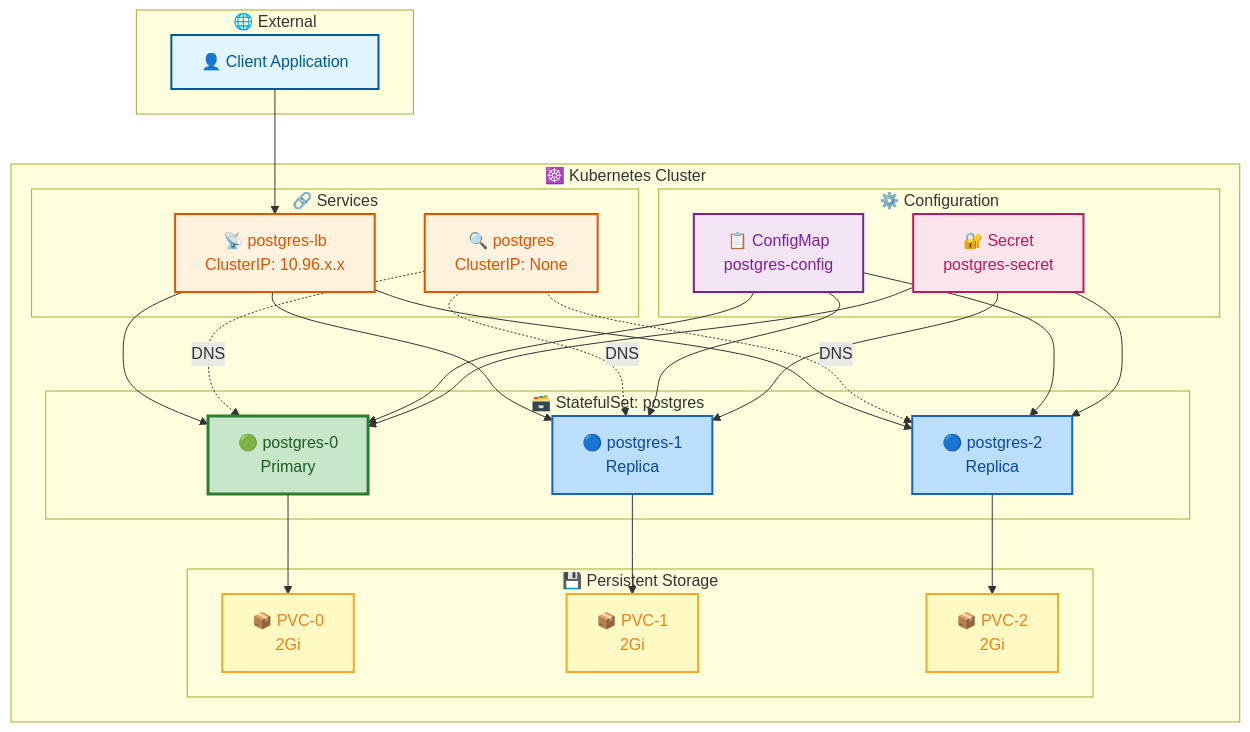
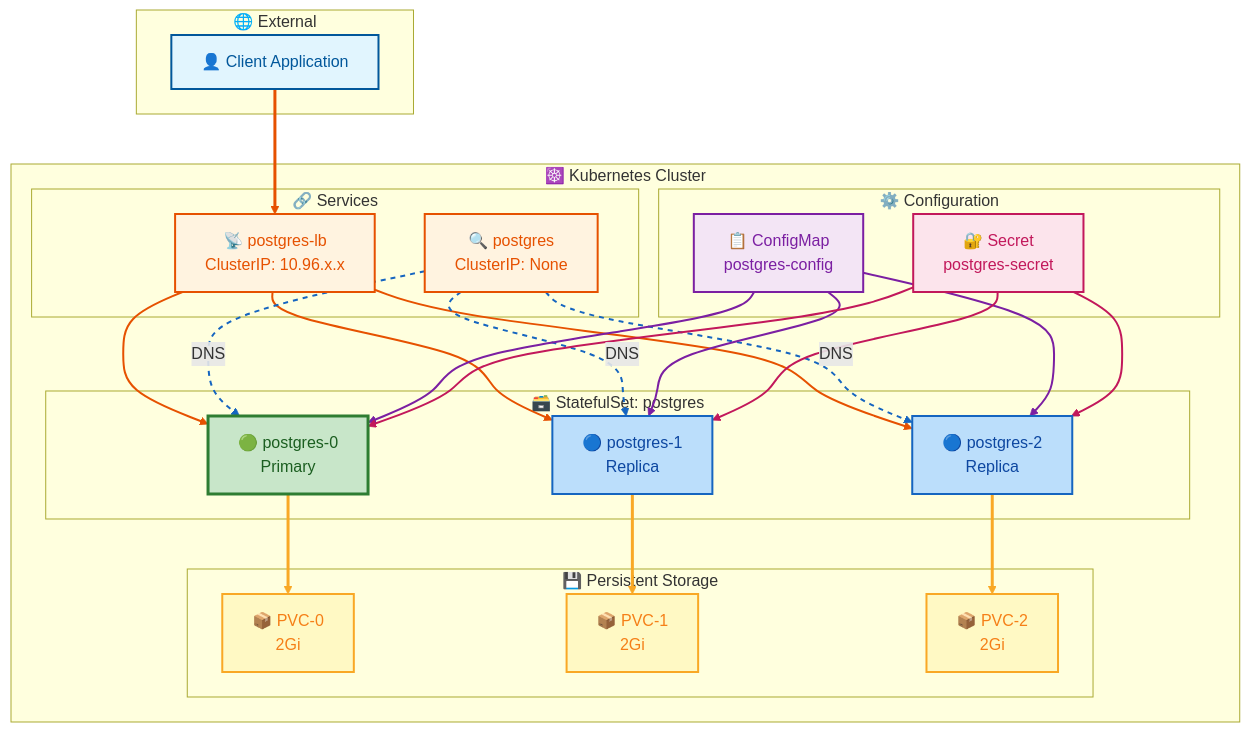
Diagram 13 of 13 in Workload_and_Application_Management/statefulset-postgresql-explained.md (selvakumarperumal/k8s_minikube_learn), drawn with Mermaid before and after one commit. The commit also changed other lines of this file, not shown here.

Commit message:
Add colored connecting lines to architecture diagram for better visibility

````diff
--- a/Workload_and_Application_Management/statefulset-postgresql-explained.md
+++ b/Workload_and_Application_Management/statefulset-postgresql-explained.md
@@ -387,28 +387,33 @@
         end
     end
     
+    %% Client Traffic (Orange lines)
     CLIENT --> LB
     LB --> POD0
     LB --> POD1
     LB --> POD2
     
+    %% DNS Resolution (Blue dashed lines)
     HEADLESS -.->|DNS| POD0
     HEADLESS -.->|DNS| POD1
     HEADLESS -.->|DNS| POD2
     
+    %% ConfigMap injection (Purple lines)
     CM --> POD0
     CM --> POD1
     CM --> POD2
     
+    %% Secret injection (Red lines)
     SEC --> POD0
     SEC --> POD1
     SEC --> POD2
     
+    %% Storage mounting (Yellow lines)
     POD0 --> PVC0
     POD1 --> PVC1
     POD2 --> PVC2
 
-    %% Styling
+    %% Node Styling
     style CLIENT fill:#e1f5fe,stroke:#01579b,stroke-width:2px,color:#01579b
     style LB fill:#fff3e0,stroke:#e65100,stroke-width:2px,color:#e65100
     style HEADLESS fill:#fff3e0,stroke:#e65100,stroke-width:2px,color:#e65100
@@ -420,4 +425,28 @@
     style PVC0 fill:#fff9c4,stroke:#f9a825,stroke-width:2px,color:#f57f17
     style PVC1 fill:#fff9c4,stroke:#f9a825,stroke-width:2px,color:#f57f17
     style PVC2 fill:#fff9c4,stroke:#f9a825,stroke-width:2px,color:#f57f17
+
+    %% Link Styling (Colored Lines)
+    %% Client to LB (Orange - Traffic)
+    linkStyle 0 stroke:#e65100,stroke-width:3px
+    %% LB to Pods (Orange - Traffic)
+    linkStyle 1 stroke:#e65100,stroke-width:2px
+    linkStyle 2 stroke:#e65100,stroke-width:2px
+    linkStyle 3 stroke:#e65100,stroke-width:2px
+    %% Headless DNS (Blue - DNS Resolution)
+    linkStyle 4 stroke:#1565c0,stroke-width:2px,stroke-dasharray:5
+    linkStyle 5 stroke:#1565c0,stroke-width:2px,stroke-dasharray:5
+    linkStyle 6 stroke:#1565c0,stroke-width:2px,stroke-dasharray:5
+    %% ConfigMap (Purple - Config Injection)
+    linkStyle 7 stroke:#7b1fa2,stroke-width:2px
+    linkStyle 8 stroke:#7b1fa2,stroke-width:2px
+    linkStyle 9 stroke:#7b1fa2,stroke-width:2px
+    %% Secret (Red/Pink - Secret Injection)
+    linkStyle 10 stroke:#c2185b,stroke-width:2px
+    linkStyle 11 stroke:#c2185b,stroke-width:2px
+    linkStyle 12 stroke:#c2185b,stroke-width:2px
+    %% PVC (Yellow - Storage)
+    linkStyle 13 stroke:#f9a825,stroke-width:3px
+    linkStyle 14 stroke:#f9a825,stroke-width:3px
+    linkStyle 15 stroke:#f9a825,stroke-width:3px
 ```
````
